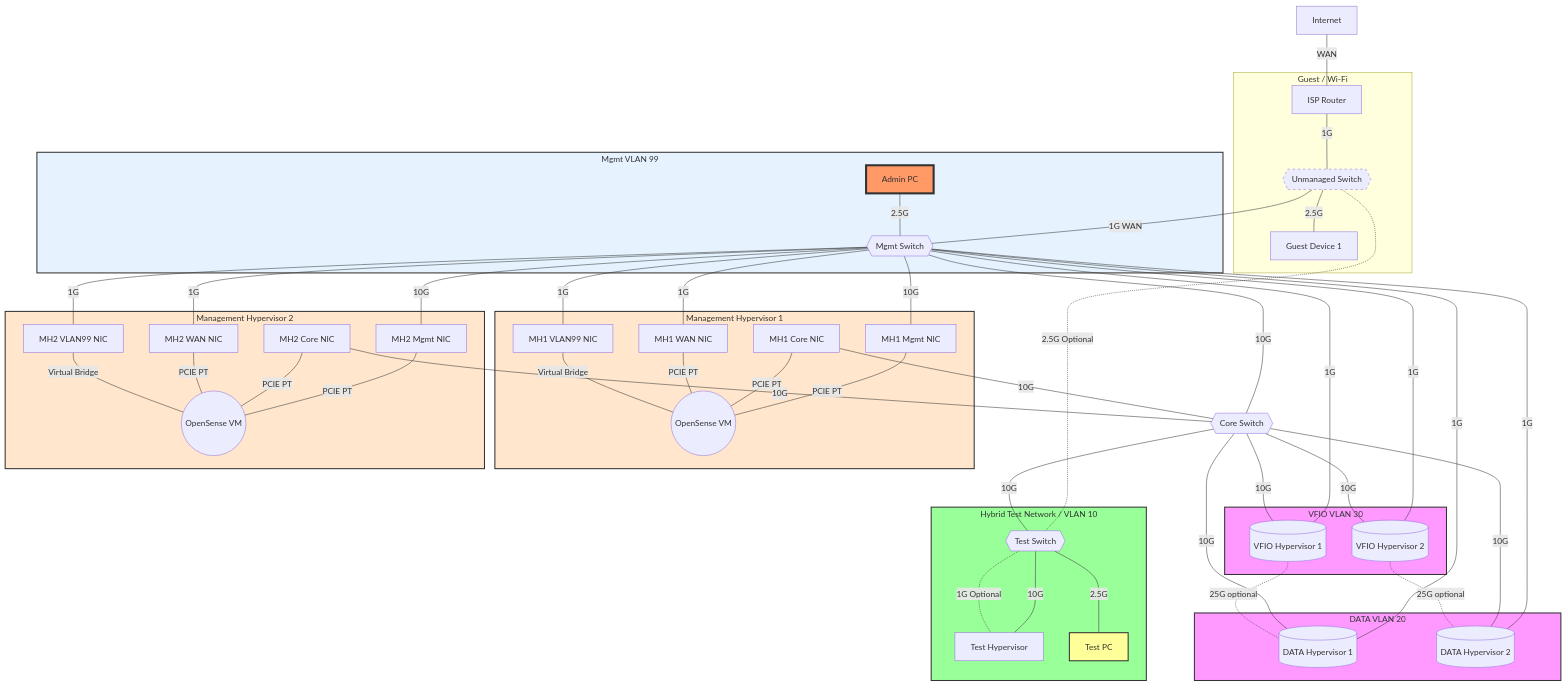
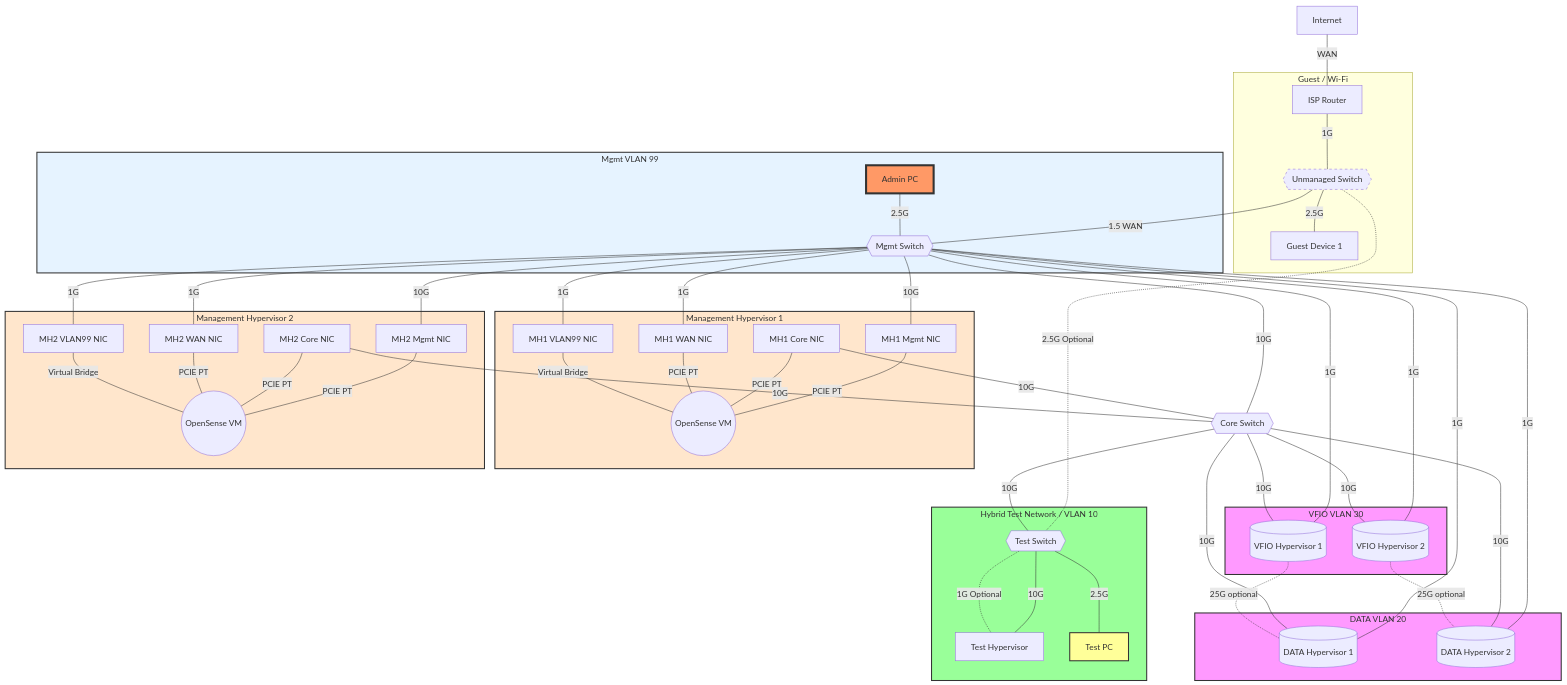
One commit to woeiru/lab changed the diagram in alp/netop5.md. Above: the diagram before and after it, drawn with Mermaid.

```diff
--- a/alp/netop5.md
+++ b/alp/netop5.md
@@ -5,7 +5,7 @@
     INT[Internet] --- |WAN| ISPR[ISP Router]
     ISPR --- |"1G"| US{{Unmanaged Switch}}
     US ---|"2.5G"| GD[Guest Device 1]
-    US ---|1G WAN| MS{{Mgmt Switch}}
+    US ---|1.5 WAN| MS{{Mgmt Switch}}
     US -.-|"2.5G Optional"| TS{{Test Switch}}
 
     AP ---|"2.5G"| MS
```
